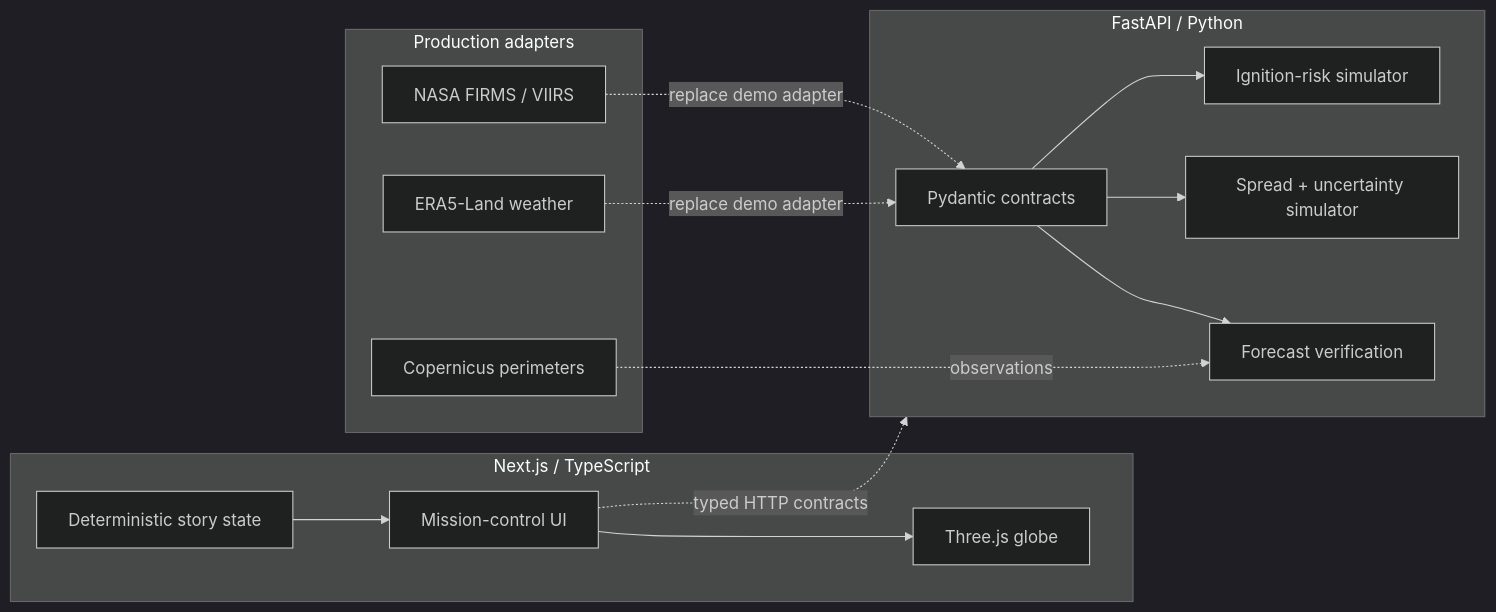
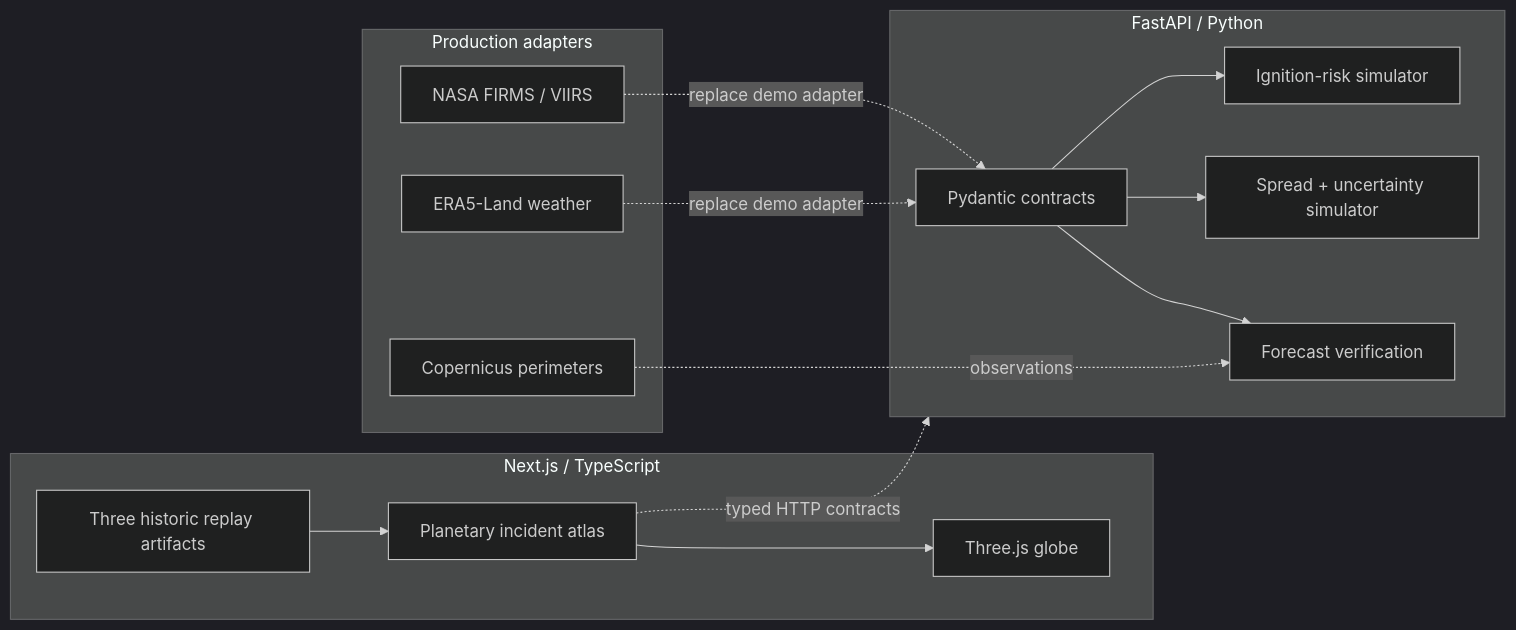
Before and after one commit to MarinJursic/global-wildfire-risk-globe: the diagram in README.md, drawn with Mermaid (dark theme). The commit also changed other lines of this file and 16 other files, not shown here.

````diff
--- a/README.md
+++ b/README.md
@@ -102,31 +116,31 @@
 ```mermaid
 flowchart LR
     subgraph Browser["Next.js / TypeScript"]
-        UI["Mission-control UI"]
+        UI["Planetary incident atlas"]
         Globe["Three.js globe"]
-        Replay["Deterministic story state"]
+        Replay["Three historic replay artifacts"]
         UI --> Globe
         Replay --> UI
     end
 
     subgraph API["FastAPI / Python"]
         Models["Pydantic contracts"]
         Ignition["Ignition-risk simulator"]
         Spread["Spread + uncertainty simulator"]
         Verify["Forecast verification"]
         Models --> Ignition
         Models --> Spread
         Models --> Verify
     end
 
     subgraph Future["Production adapters"]
         FIRMS["NASA FIRMS / VIIRS"]
         ERA5["ERA5-Land weather"]
         CEMS["Copernicus perimeters"]
     end
 
     UI -. typed HTTP contracts .-> API
     FIRMS -. replace demo adapter .-> Models
     ERA5 -. replace demo adapter .-> Models
     CEMS -. observations .-> Verify
 ```
````
